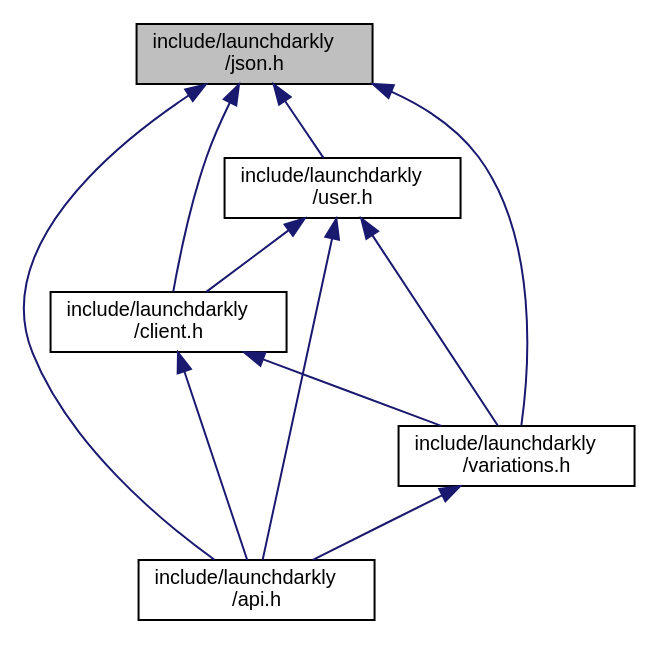
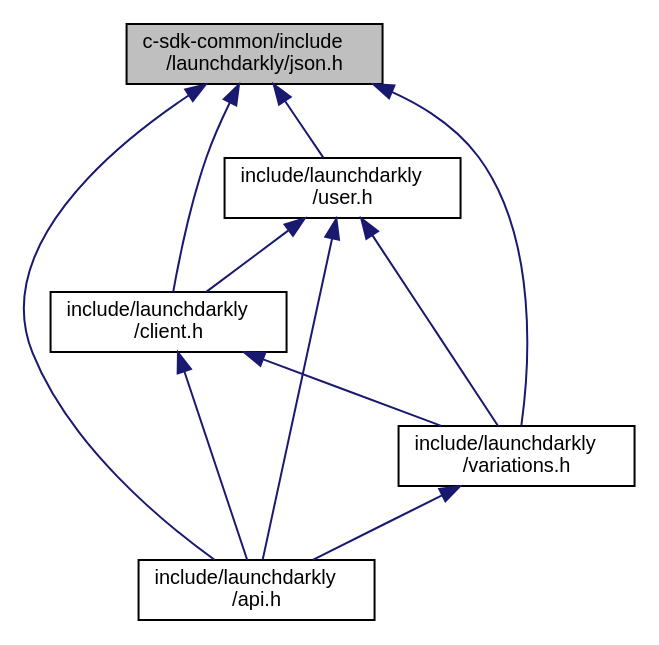
The diagram in json_8h__dep__incl.dot (launchdarkly/c-server-sdk), drawn with Graphviz before and after one commit. The commit also changed 43 other files, not shown here.

```diff
--- a/json_8h__dep__incl.dot
+++ b/json_8h__dep__incl.dot
@@ -1,20 +1,20 @@
-digraph "include/launchdarkly/json.h"
+digraph "c-sdk-common/include/launchdarkly/json.h"
 {
   edge [fontname="Helvetica",fontsize="10",labelfontname="Helvetica",labelfontsize="10"];
   node [fontname="Helvetica",fontsize="10",shape=record];
-  Node3 [label="include/launchdarkly\l/json.h",height=0.2,width=0.4,color="black", fillcolor="grey75", style="filled", fontcolor="black"];
+  Node3 [label="c-sdk-common/include\l/launchdarkly/json.h",height=0.2,width=0.4,color="black", fillcolor="grey75", style="filled", fontcolor="black"];
   Node3 -> Node4 [dir="back",color="midnightblue",fontsize="10",style="solid",fontname="Helvetica"];
   Node4 [label="include/launchdarkly\l/api.h",height=0.2,width=0.4,color="black", fillcolor="white", style="filled",URL="$api_8h.html",tooltip="Public API. Include this for every public operation. "];
   Node3 -> Node5 [dir="back",color="midnightblue",fontsize="10",style="solid",fontname="Helvetica"];
   Node5 [label="include/launchdarkly\l/user.h",height=0.2,width=0.4,color="black", fillcolor="white", style="filled",URL="$user_8h.html",tooltip="Public API Interface for User construction. "];
   Node5 -> Node4 [dir="back",color="midnightblue",fontsize="10",style="solid",fontname="Helvetica"];
   Node5 -> Node6 [dir="back",color="midnightblue",fontsize="10",style="solid",fontname="Helvetica"];
   Node6 [label="include/launchdarkly\l/client.h",height=0.2,width=0.4,color="black", fillcolor="white", style="filled",URL="$client_8h.html",tooltip="Public API Interface for Client operations. "];
   Node6 -> Node4 [dir="back",color="midnightblue",fontsize="10",style="solid",fontname="Helvetica"];
   Node6 -> Node7 [dir="back",color="midnightblue",fontsize="10",style="solid",fontname="Helvetica"];
   Node7 [label="include/launchdarkly\l/variations.h",height=0.2,width=0.4,color="black", fillcolor="white", style="filled",URL="$variations_8h.html",tooltip="Public API Interface for evaluation variations. "];
   Node7 -> Node4 [dir="back",color="midnightblue",fontsize="10",style="solid",fontname="Helvetica"];
   Node5 -> Node7 [dir="back",color="midnightblue",fontsize="10",style="solid",fontname="Helvetica"];
   Node3 -> Node6 [dir="back",color="midnightblue",fontsize="10",style="solid",fontname="Helvetica"];
   Node3 -> Node7 [dir="back",color="midnightblue",fontsize="10",style="solid",fontname="Helvetica"];
 }
```
